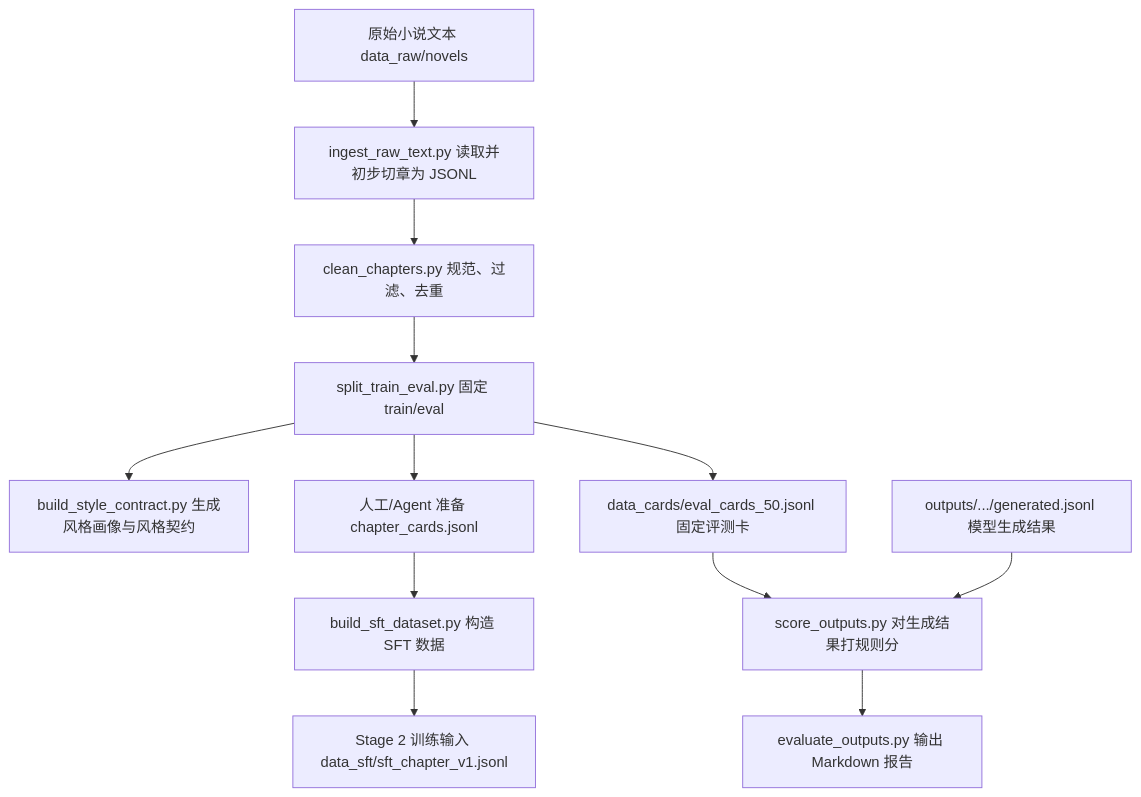
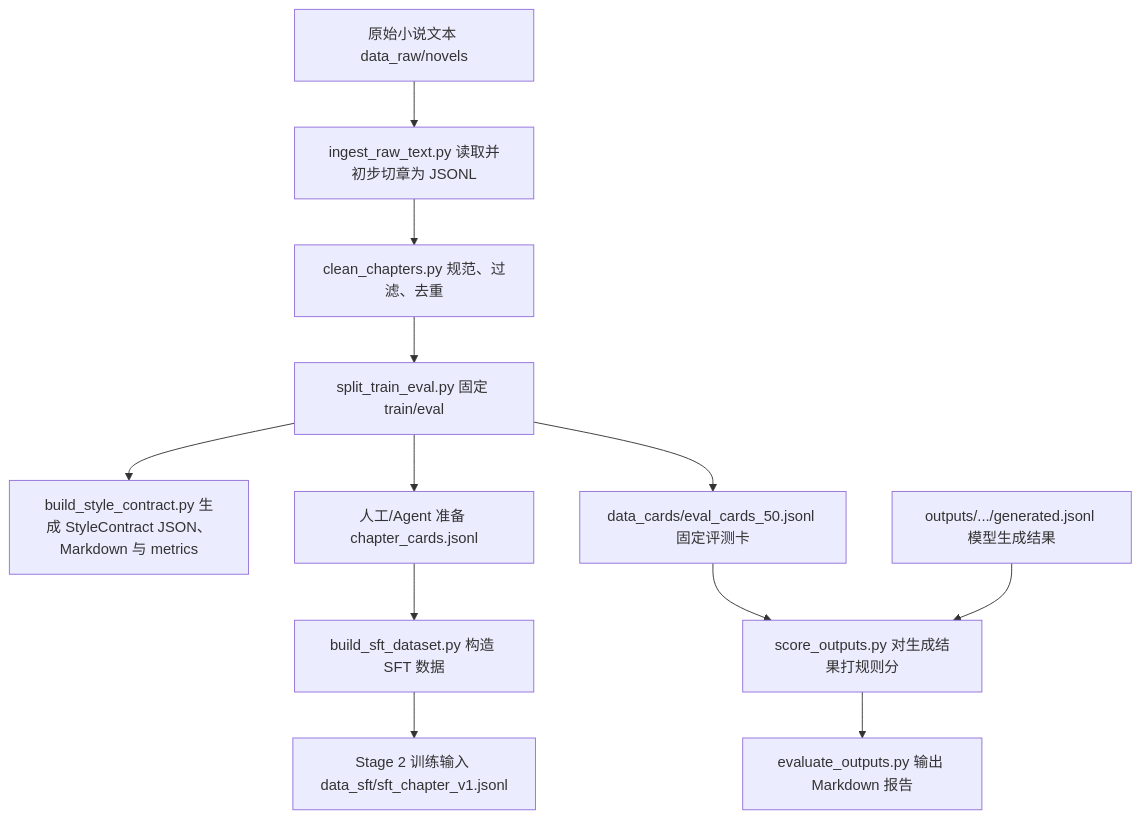
Before and after one commit to luoluomashang/smallModelTrain: the diagram in docs/stage1-pipeline-guide.zh.md, drawn with Mermaid. The commit also changed other lines of this file and 4 other files, not shown here.

````diff
--- a/docs/stage1-pipeline-guide.zh.md
+++ b/docs/stage1-pipeline-guide.zh.md
@@ -22,14 +22,14 @@
 ```mermaid
 flowchart TD
     A["原始小说文本 data_raw/novels"] --> B["ingest_raw_text.py 读取并初步切章为 JSONL"]
     B --> C["clean_chapters.py 规范、过滤、去重"]
     C --> D["split_train_eval.py 固定 train/eval"]
-    D --> E["build_style_contract.py 生成风格画像与风格契约"]
+    D --> E["build_style_contract.py 生成 StyleContract JSON、Markdown 与 metrics"]
     D --> F["人工/Agent 准备 chapter_cards.jsonl"]
     F --> G["build_sft_dataset.py 构造 SFT 数据"]
     G --> H["Stage 2 训练输入 data_sft/sft_chapter_v1.jsonl"]
     D --> L["data_cards/eval_cards_50.jsonl 固定评测卡"]
     L --> I["score_outputs.py 对生成结果打规则分"]
     K["outputs/.../generated.jsonl 模型生成结果"] --> I
     I --> J["evaluate_outputs.py 输出 Markdown 报告"]
 ```
````
